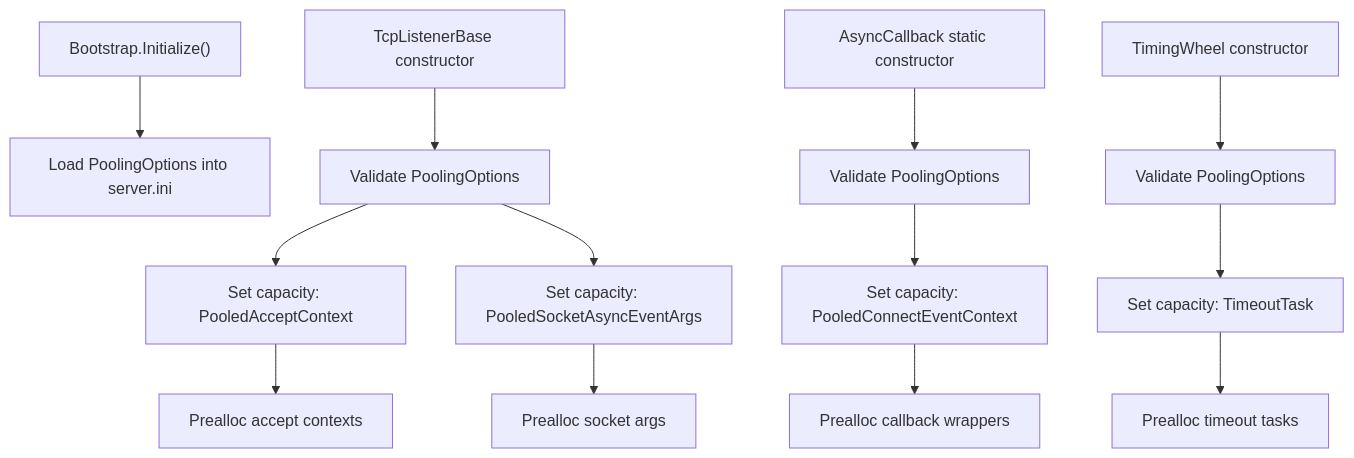
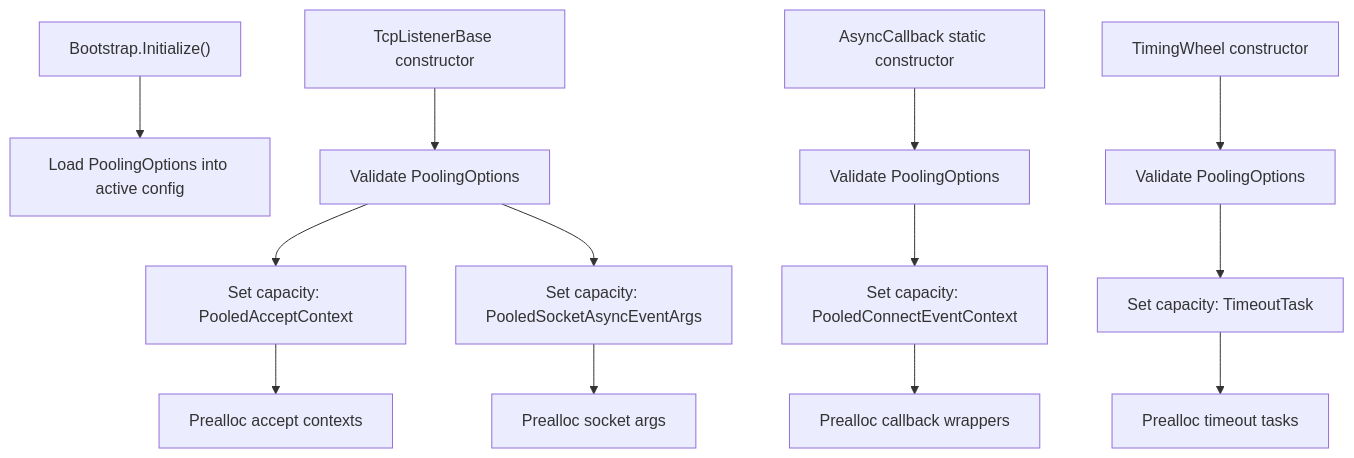
The diagram in docs/api/options/network/pooling-options.md (ppn-systems/Nalix), drawn with Mermaid before and after one commit. The commit also changed other lines of this file and 101 other files, not shown here.

````diff
--- a/docs/api/options/network/pooling-options.md
+++ b/docs/api/options/network/pooling-options.md
@@ -44,15 +44,15 @@
 ```mermaid
 flowchart TD
-    A["Bootstrap.Initialize()"] --> B["Load PoolingOptions into server.ini"]
+    A["Bootstrap.Initialize()"] --> B["Load PoolingOptions into active config"]
     C["TcpListenerBase constructor"] --> D["Validate PoolingOptions"]
     D --> E["Set capacity: PooledAcceptContext"]
     D --> F["Set capacity: PooledSocketAsyncEventArgs"]
     E --> G["Prealloc accept contexts"]
     F --> H["Prealloc socket args"]
     I["AsyncCallback static constructor"] --> J["Validate PoolingOptions"]
     J --> K["Set capacity: PooledConnectEventContext"]
     K --> L["Prealloc callback wrappers"]
     M["TimingWheel constructor"] --> N["Validate PoolingOptions"]
     N --> O["Set capacity: TimeoutTask"]
     O --> P["Prealloc timeout tasks"]
 ```
````
